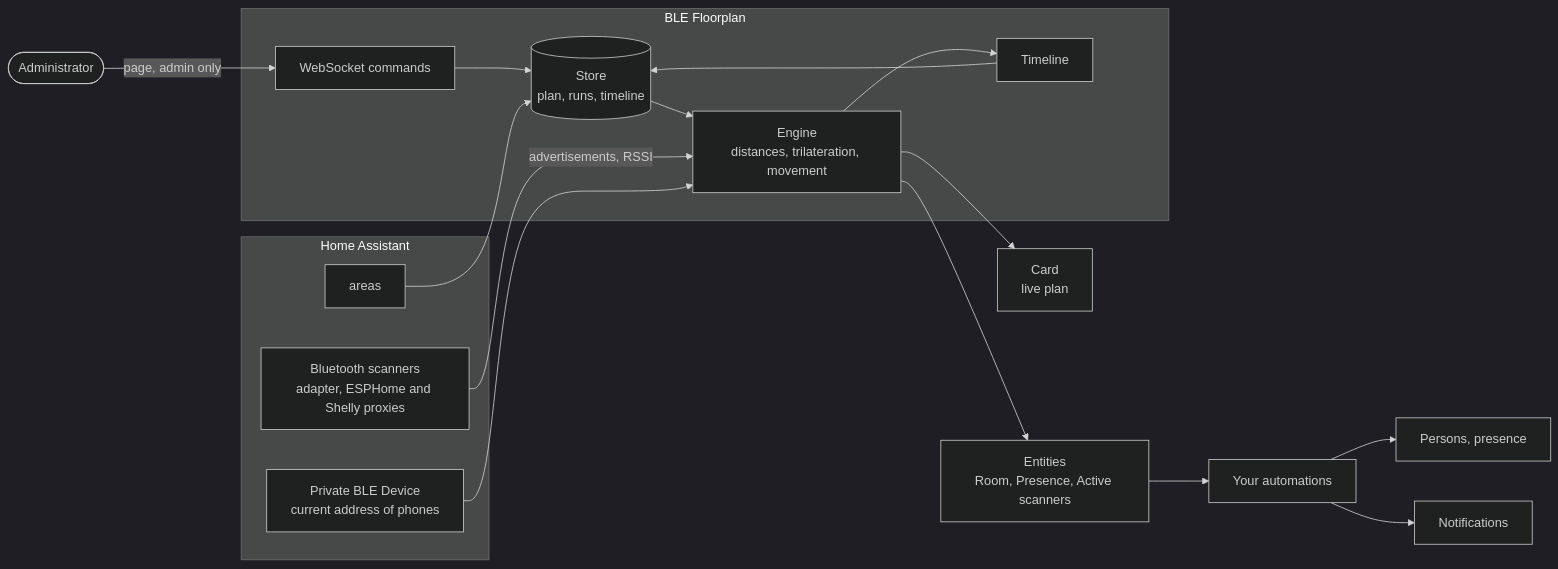
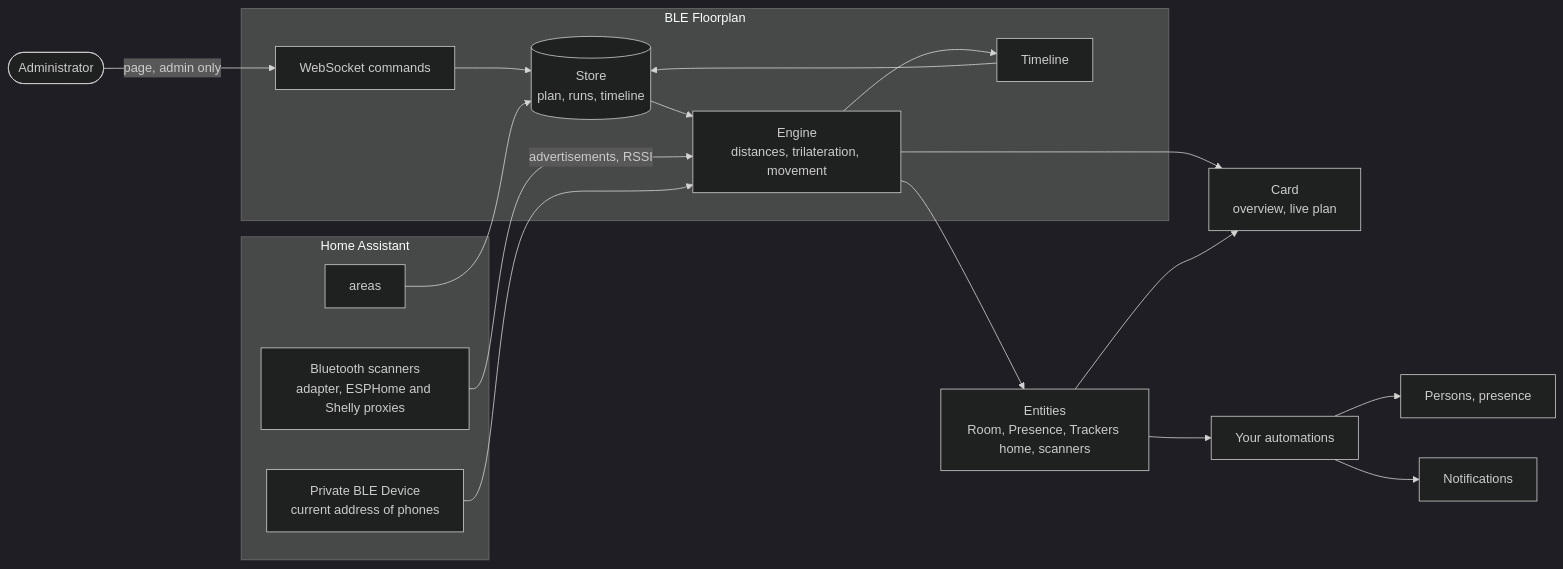
One commit to n-schilling/ha-ble-floorplan changed the first of 3 diagrams in README.md. Above: the diagram before and after it, drawn with Mermaid (dark theme). The commit also changed other lines of this file and 26 other files, not shown here.

First line of the commit message:
Version 0.36.0: the card as an overview from entities, the plan as its other view

````diff
--- a/README.md
+++ b/README.md
@@ -47,23 +51,24 @@
 ```mermaid
 flowchart LR
     admin(["Administrator"]) -->|"page, admin only"| ws["WebSocket commands"]
     subgraph ha["Home Assistant"]
         scanners["Bluetooth scanners<br/>adapter, ESPHome and Shelly proxies"]
         pbd["Private BLE Device<br/>current address of phones"]
         areas["areas"]
     end
     subgraph bf["BLE Floorplan"]
         ws --> store[("Store<br/>plan, runs, timeline")]
         store --> engine["Engine<br/>distances, trilateration, movement"]
         engine --> timeline["Timeline"]
         timeline --> store
     end
     scanners -->|"advertisements, RSSI"| engine
     pbd --> engine
     areas --> store
-    engine --> entities["Entities<br/>Room, Presence, Active scanners"]
-    engine --> card["Card<br/>live plan"]
+    engine --> entities["Entities<br/>Room, Presence, Trackers home, scanners"]
+    engine --> card["Card<br/>overview, live plan"]
+    entities --> card
     entities --> automations["Your automations"]
     automations --> persons["Persons, presence"]
     automations --> notify["Notifications"]
 ```
````
